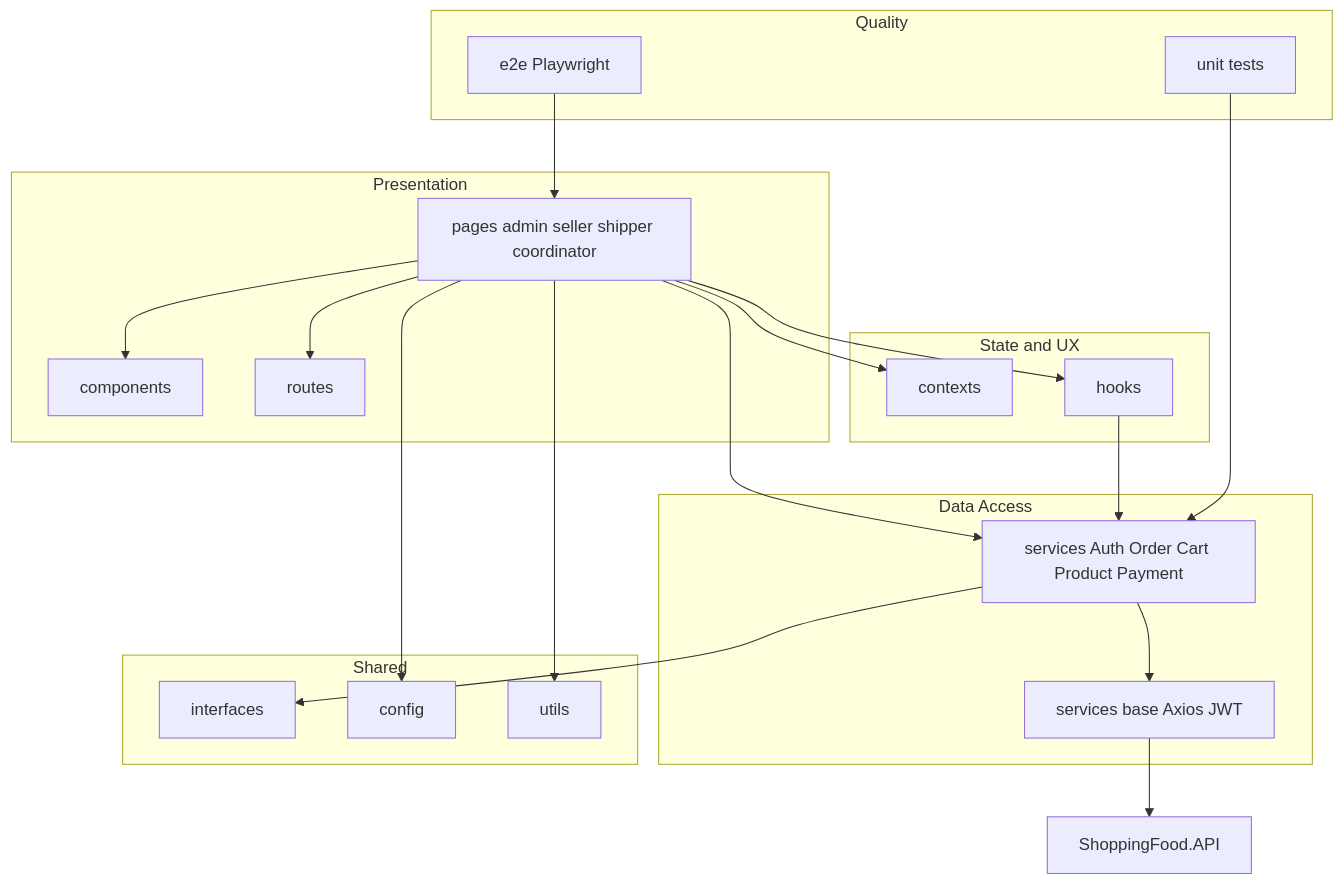
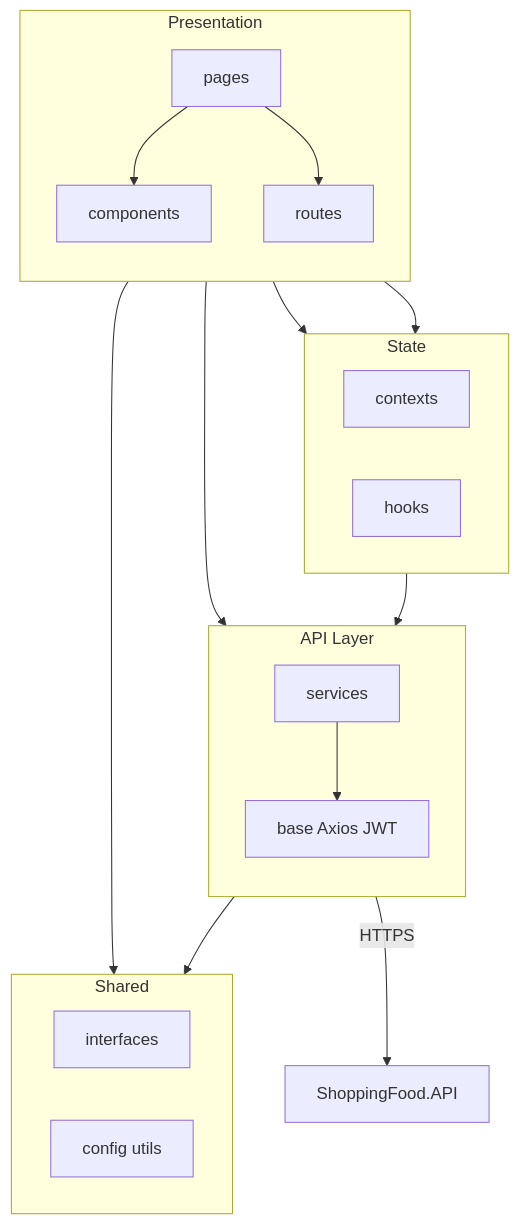
Before and after one commit to hieunh2xx/Shopping-Food: the third of 3 diagrams in packagediagram.md, drawn with Mermaid. The commit also changed other lines of this file, not shown here.

````diff
--- a/packagediagram.md
+++ b/packagediagram.md
@@ -137,45 +131,40 @@
 ```mermaid
 flowchart TB
-    subgraph FE_PRES [Presentation]
-        FE_Pages[pages admin seller shipper coordinator]
-        FE_Components[components]
-        FE_Routes[routes]
+    subgraph UI [Presentation]
+        direction TB
+        P1[pages]
+        P2[components]
+        P3[routes]
     end
 
-    subgraph FE_STATE [State and UX]
-        FE_Contexts[contexts]
-        FE_Hooks[hooks]
+    subgraph STATE [State]
+        direction LR
+        S1[contexts]
+        S2[hooks]
     end
 
-    subgraph FE_DATA [Data Access]
-        FE_Services[services Auth Order Cart Product Payment]
-        FE_Base[services base Axios JWT]
+    subgraph API_LAYER [API Layer]
+        direction TB
+        SV[services]
+        BASE[base Axios JWT]
     end
 
-    subgraph FE_SHARED [Shared]
-        FE_Interfaces[interfaces]
-        FE_Config[config]
-        FE_Utils[utils]
+    subgraph COMMON [Shared]
+        direction LR
+        I1[interfaces]
+        I2[config utils]
     end
 
-    subgraph FE_QA [Quality]
-        FE_UnitTests[unit tests]
-        FE_E2E[e2e Playwright]
-    end
+    BE[ShoppingFood.API]
 
-    FE_Backend[ShoppingFood.API]
-
-    FE_Pages --> FE_Components
-    FE_Pages --> FE_Routes
-    FE_Pages --> FE_Contexts
-    FE_Pages --> FE_Hooks
-    FE_Pages --> FE_Services
-    FE_Hooks --> FE_Services
-    FE_Services --> FE_Base
-    FE_Services --> FE_Interfaces
-    FE_Base --> FE_Backend
-    FE_E2E --> FE_Pages
-    FE_UnitTests --> FE_Services
-    FE_Pages --> FE_Config
-    FE_Pages --> FE_Utils
+    P1 --> P2
+    P1 --> P3
+    P1 --> S1
+    P1 --> S2
+    P1 --> SV
+    S2 --> SV
+    SV --> BASE
+    SV --> I1
+    P1 --> I2
+    BASE -->|HTTPS| BE
 ```
````
